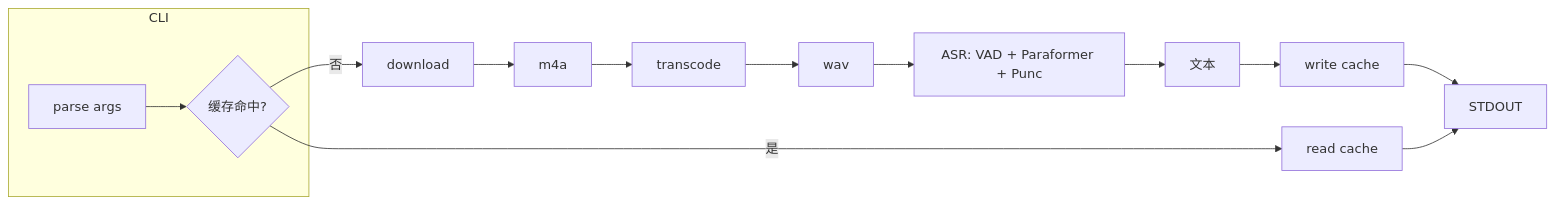
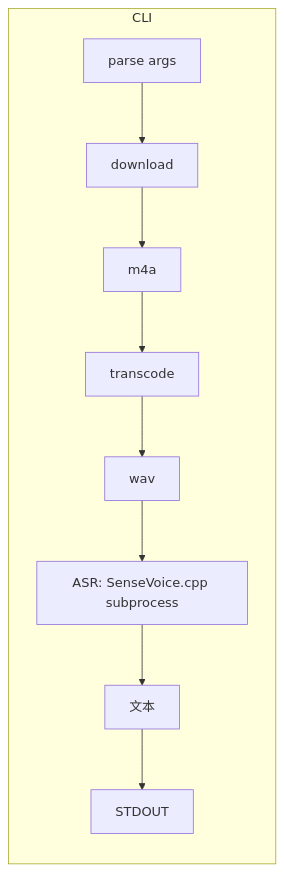
The third of 4 diagrams in docs/dev.md (kechengzhang28/Vid2Text-Skill), drawn with Mermaid before and after one commit. The commit also changed other lines of this file, not shown here.

````diff
--- a/docs/dev.md
+++ b/docs/dev.md
@@ -80,16 +72,12 @@
 ```mermaid
 flowchart LR
     subgraph CLI
-        A[parse args] --> B{缓存命中?}
+        A[parse args] --> B[download]
+        B --> C[m4a]
+        C --> D[transcode]
+        D --> E[wav]
+        E --> F[ASR: SenseVoice.cpp subprocess]
+        F --> G[文本]
+        G --> H[STDOUT]
     end
-    B -->|否| C[download]
-    C --> D[m4a]
-    D --> E[transcode]
-    E --> F[wav]
-    F --> G[ASR: VAD + Paraformer + Punc]
-    G --> H[文本]
-    H --> I[write cache]
-    I --> J[STDOUT]
-    B -->|是| K[read cache]
-    K --> J
 ```
````
